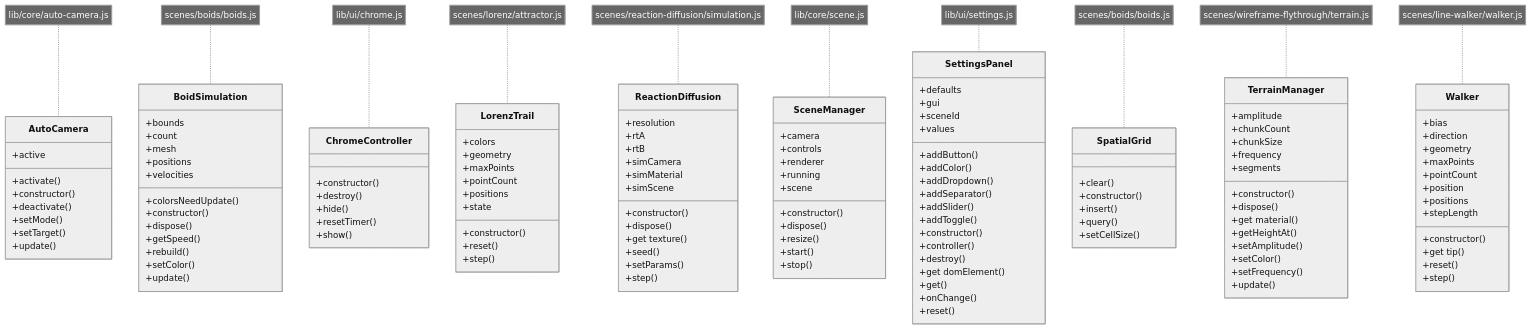
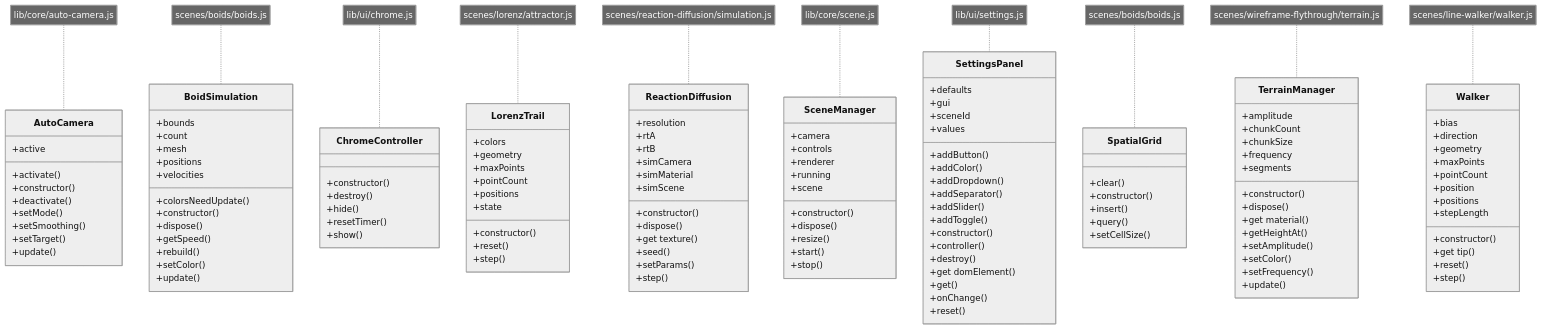
One commit to shitchell/stuff changed the second of 2 diagrams in site/3d/ARCHITECTURE.md. Above: the diagram before and after it, drawn with Mermaid (neutral theme). The commit also changed other lines of this file and 4 other files, not shown here.

Commit message:
feat(raymarched-fractal): integrate into landing page, update architecture docs

```diff
--- a/site/3d/ARCHITECTURE.md
+++ b/site/3d/ARCHITECTURE.md
@@ -188,6 +202,7 @@
         +constructor()
         +deactivate()
         +setMode()
+        +setSmoothing()
         +setTarget()
         +update()
     }
```
